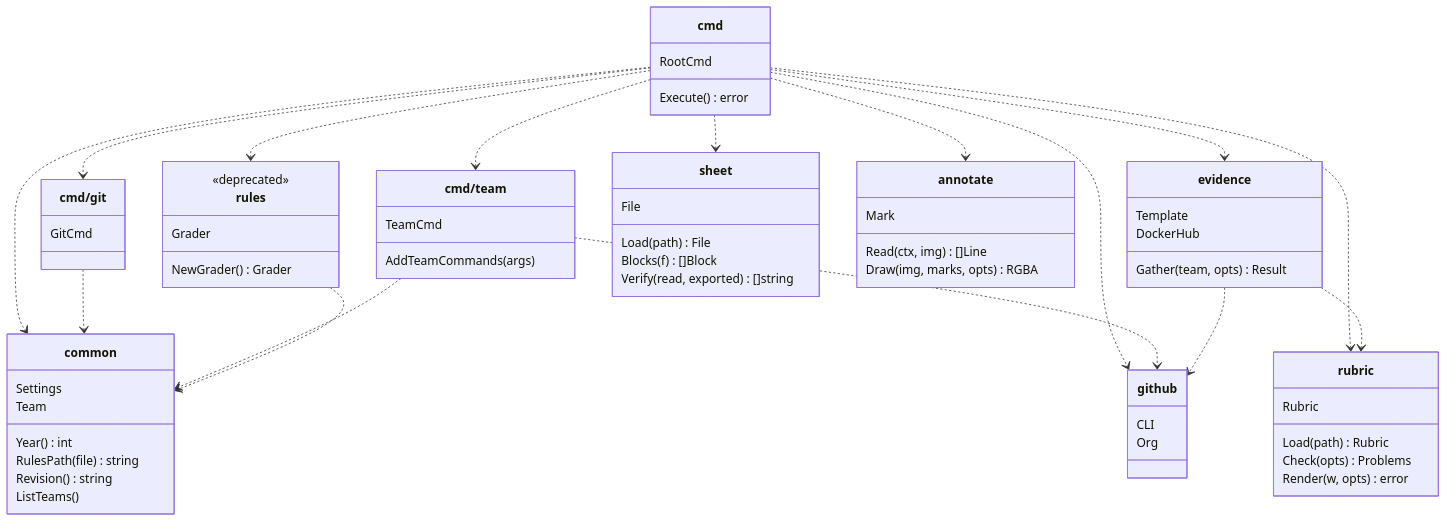
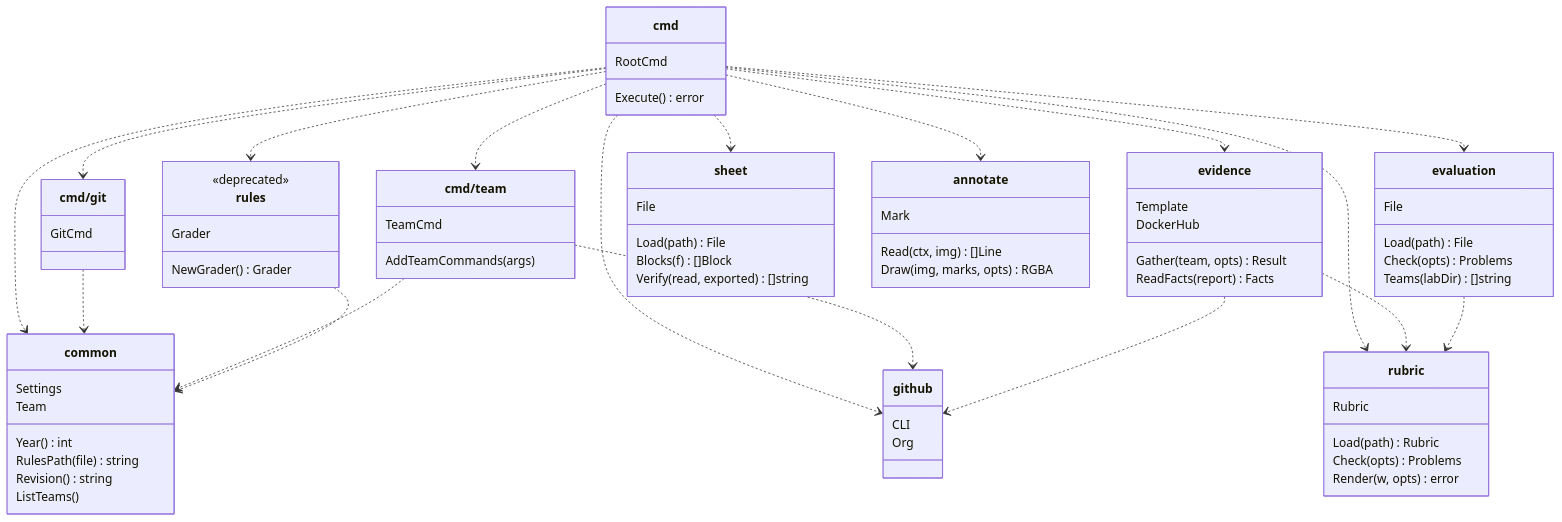
Before and after one commit to mincong-classroom/mc: the diagram in CONTRIBUTING.md, drawn with Mermaid. The commit also changed other lines of this file and 19 other files, not shown here.

````diff
--- a/CONTRIBUTING.md
+++ b/CONTRIBUTING.md
@@ -9,69 +9,78 @@
 ```mermaid
 classDiagram
     direction TB
     class cmd {
         RootCmd
         Execute() error
     }
     class cmd_git["cmd/git"] {
         GitCmd
     }
     class cmd_team["cmd/team"] {
         TeamCmd
         AddTeamCommands(args)
     }
     class rules {
         <<deprecated>>
         Grader
         NewGrader() Grader
     }
     class common {
         Settings
         Team
         Year() int
         RulesPath(file) string
         Revision() string
         ListTeams()
     }
     class github {
         CLI
         Org
     }
     class rubric {
         Rubric
         Load(path) Rubric
         Check(opts) Problems
         Render(w, opts) error
     }
     class evidence {
         Gather(team, opts) Result
+        ReadFacts(report) Facts
         Template
         DockerHub
+    }
+    class evaluation {
+        File
+        Load(path) File
+        Check(opts) Problems
+        Teams(labDir) []string
     }
     class sheet {
         File
         Load(path) File
         Blocks(f) []Block
         Verify(read, exported) []string
     }
     class annotate {
         Mark
         Read(ctx, img) []Line
         Draw(img, marks, opts) RGBA
     }
     cmd ..> cmd_git
     cmd ..> cmd_team
     cmd ..> rules
     cmd ..> common
     cmd ..> evidence
+    cmd ..> evaluation
     cmd ..> annotate
     cmd ..> sheet
     cmd ..> github
     cmd ..> rubric
     cmd_git ..> common
     cmd_team ..> common
     cmd_team ..> github
     rules ..> common
     evidence ..> github
     evidence ..> rubric
+    evaluation ..> rubric
 ```
````
